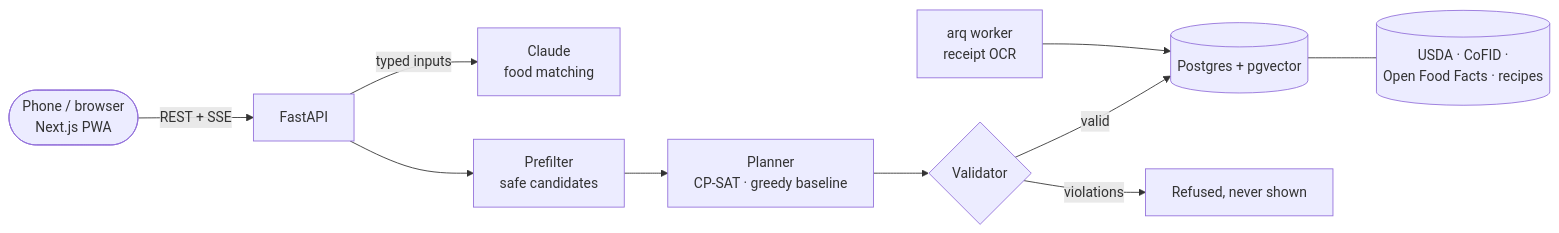
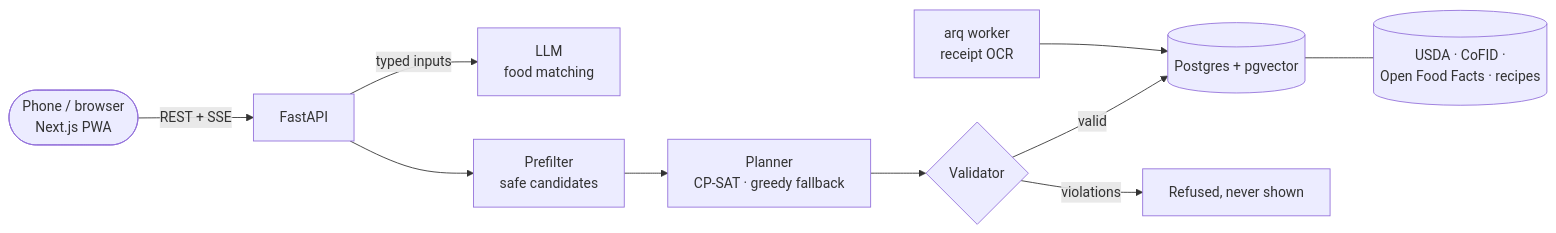
Before and after one commit to edanbro/Dietbro: the diagram in README.md, drawn with Mermaid. The commit also changed other lines of this file and 1 other file, not shown here.

````diff
--- a/README.md
+++ b/README.md
@@ -32,12 +35,12 @@
 ```mermaid
 flowchart LR
     U([Phone / browser<br/>Next.js PWA]) -->|REST + SSE| API[FastAPI]
-    API -->|typed inputs| LLM[Claude<br/>food matching]
+    API -->|typed inputs| LLM[LLM<br/>food matching]
     API --> PF[Prefilter<br/>safe candidates]
-    PF --> S[Planner<br/>CP-SAT · greedy baseline]
+    PF --> S[Planner<br/>CP-SAT · greedy fallback]
     S --> V{Validator}
     V -->|valid| DB[(Postgres + pgvector)]
     V -->|violations| X[Refused, never shown]
     W[arq worker<br/>receipt OCR] --> DB
     DB --- D[(USDA · CoFID ·<br/>Open Food Facts · recipes)]
 ```
````
